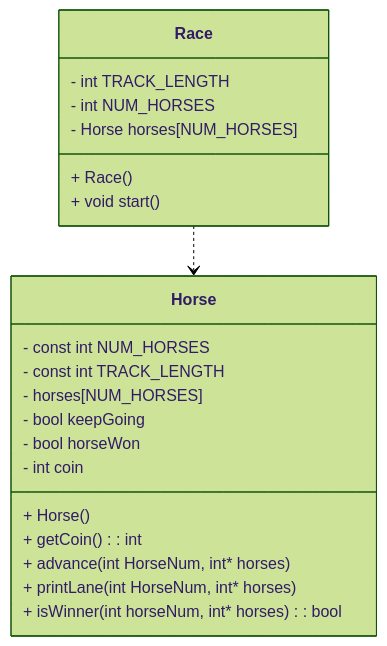
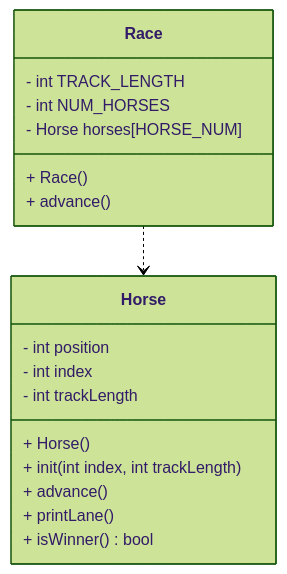
Before and after one commit to janblocker2003/OOP_Horse_Race: the diagram in README.md, drawn with Mermaid (forest theme). The commit also changed other lines of this file, not shown here.

````diff
--- a/README.md
+++ b/README.md
@@ -4,27 +5,24 @@
 ```mermaid
 classDiagram
-direction TB
     class Horse {
-	    - const int NUM_HORSES
-	    - const int TRACK_LENGTH
-	    - horses[NUM_HORSES]
-	    - bool keepGoing
-	    - bool horseWon
-	    - int coin
+	    - int position
+        - int index
+        - int trackLength
       + Horse()
-      + getCoin() : int
-	    + advance(int HorseNum, int* horses)
-      + printLane(int HorseNum, int* horses)
-      + isWinner(int horseNum, int* horses) : bool
+	  + init(int index, int trackLength)
+	  + advance()
+      + printLane()
+      + isWinner() bool
     }
 
     class Race {
 	    - int TRACK_LENGTH
 	    - int NUM_HORSES
-	    - Horse horses[NUM_HORSES]
+	    - Horse horses[HORSE_NUM]
 	    + Race()
-	    + void start()
+	    + advance()
     }
 
     Race ..> Horse
+        
 ```
````
